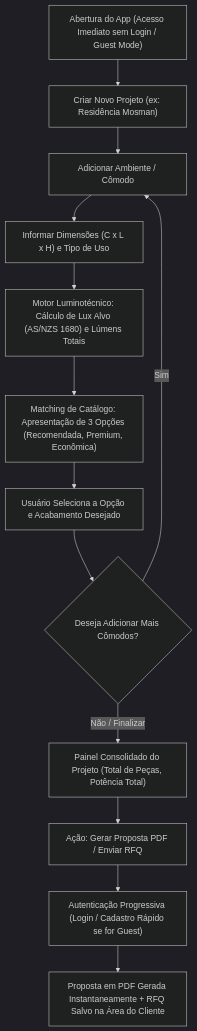
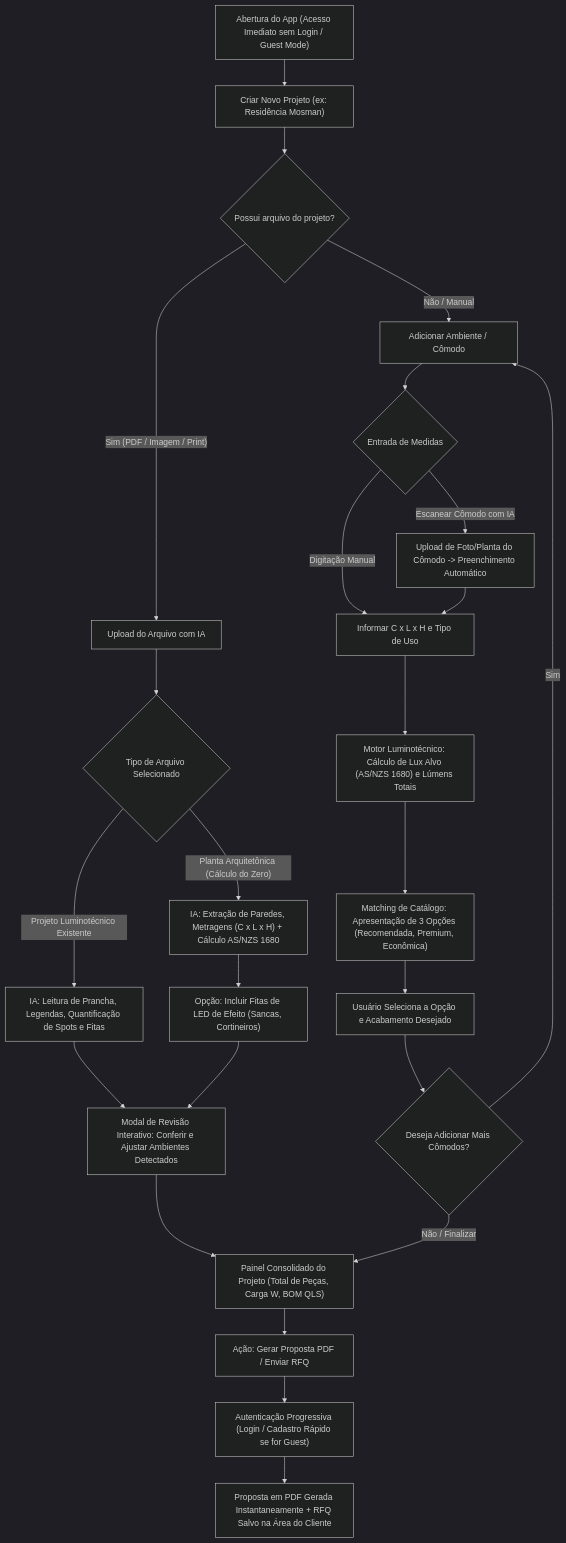
The first of 2 diagrams in PROJECT_SPEC.md (douglasagoliveira/AppQLS), drawn with Mermaid (dark theme) before and after one commit. The commit also changed other lines of this file and 3 other files, not shown here.

Commit message:
docs: document AI project upload, multimodal vision and review modal specs

````diff
--- a/PROJECT_SPEC.md
+++ b/PROJECT_SPEC.md
@@ -34,15 +38,33 @@
 ```mermaid
 flowchart TD
     A["Abertura do App (Acesso Imediato sem Login / Guest Mode)"] --> B["Criar Novo Projeto (ex: Residência Mosman)"]
-    B --> C["Adicionar Ambiente / Cômodo"]
-    C --> D["Informar Dimensões (C x L x H) e Tipo de Uso"]
-    D --> E["Motor Luminotécnico: Cálculo de Lux Alvo (AS/NZS 1680) e Lúmens Totais"]
-    E --> F["Matching de Catálogo: Apresentação de 3 Opções (Recomendada, Premium, Econômica)"]
-    F --> G["Usuário Seleciona a Opção e Acabamento Desejado"]
-    G --> H{"Deseja Adicionar Mais Cômodos?"}
-    H -- "Sim" --> C
-    H -- "Não / Finalizar" --> I["Painel Consolidado do Projeto (Total de Peças, Potência Total)"]
+    B --> C{"Possui arquivo do projeto?"}
+    
+    %% Fluxo Primário com IA
+    C -- "Sim (PDF / Imagem / Print)" --> D1["Upload do Arquivo com IA"]
+    D1 --> D2{"Tipo de Arquivo Selecionado"}
+    D2 -- "Projeto Luminotécnico Existente" --> D3["IA: Leitura de Prancha, Legendas, Quantificação de Spots e Fitas"]
+    D2 -- "Planta Arquitetônica (Cálculo do Zero)" --> D4["IA: Extração de Paredes, Metragens (C x L x H) + Cálculo AS/NZS 1680"]
+    D4 --> D5["Opção: Incluir Fitas de LED de Efeito (Sancas, Cortineiros)"]
+    D3 --> D6["Modal de Revisão Interativo: Conferir e Ajustar Ambientes Detectados"]
+    D5 --> D6
+    D6 --> I["Painel Consolidado do Projeto (Total de Peças, Carga W, BOM QLS)"]
+
+    %% Fluxo Secundário Cômodo a Cômodo
+    C -- "Não / Manual" --> E1["Adicionar Ambiente / Cômodo"]
+    E1 --> E2{"Entrada de Medidas"}
+    E2 -- "Digitação Manual" --> E3["Informar C x L x H e Tipo de Uso"]
+    E2 -- "Escanear Cômodo com IA" --> E4["Upload de Foto/Planta do Cômodo -> Preenchimento Automático"]
+    E4 --> E3
+    E3 --> E5["Motor Luminotécnico: Cálculo de Lux Alvo (AS/NZS 1680) e Lúmens Totais"]
+    E5 --> E6["Matching de Catálogo: Apresentação de 3 Opções (Recomendada, Premium, Econômica)"]
+    E6 --> E7["Usuário Seleciona a Opção e Acabamento Desejado"]
+    E7 --> E8{"Deseja Adicionar Mais Cômodos?"}
+    E8 -- "Sim" --> E1
+    E8 -- "Não / Finalizar" --> I
+
+    %% RFQ & Proposta
     I --> J["Ação: Gerar Proposta PDF / Enviar RFQ"]
     J --> K["Autenticação Progressiva (Login / Cadastro Rápido se for Guest)"]
     K --> L["Proposta em PDF Gerada Instantaneamente + RFQ Salvo na Área do Cliente"]
 ```
````
